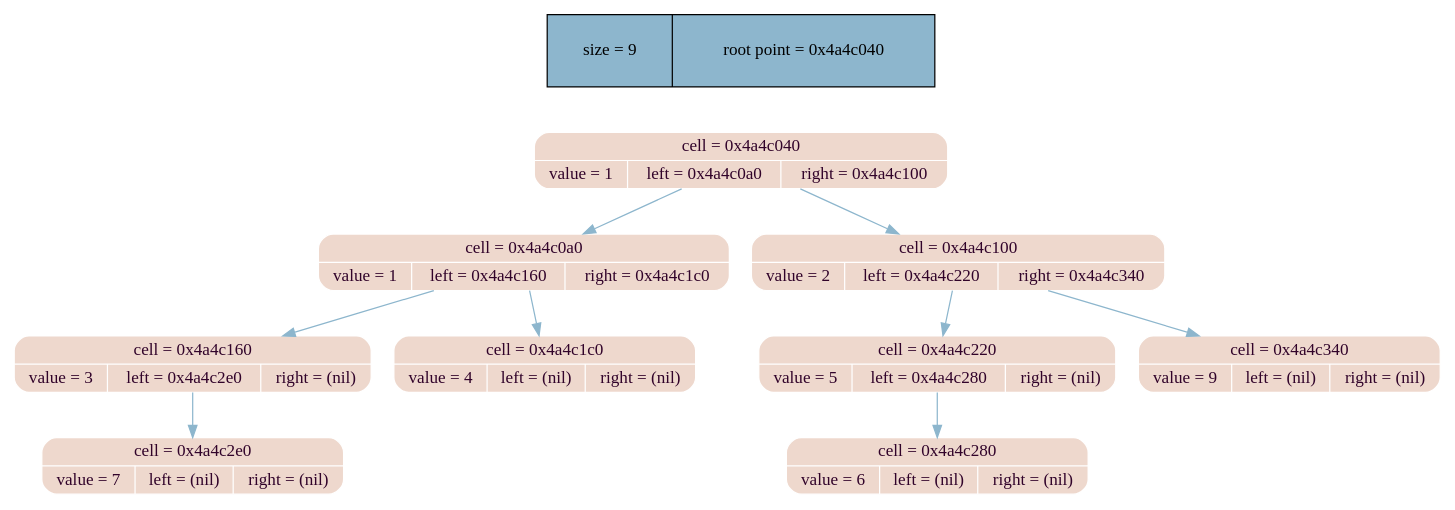
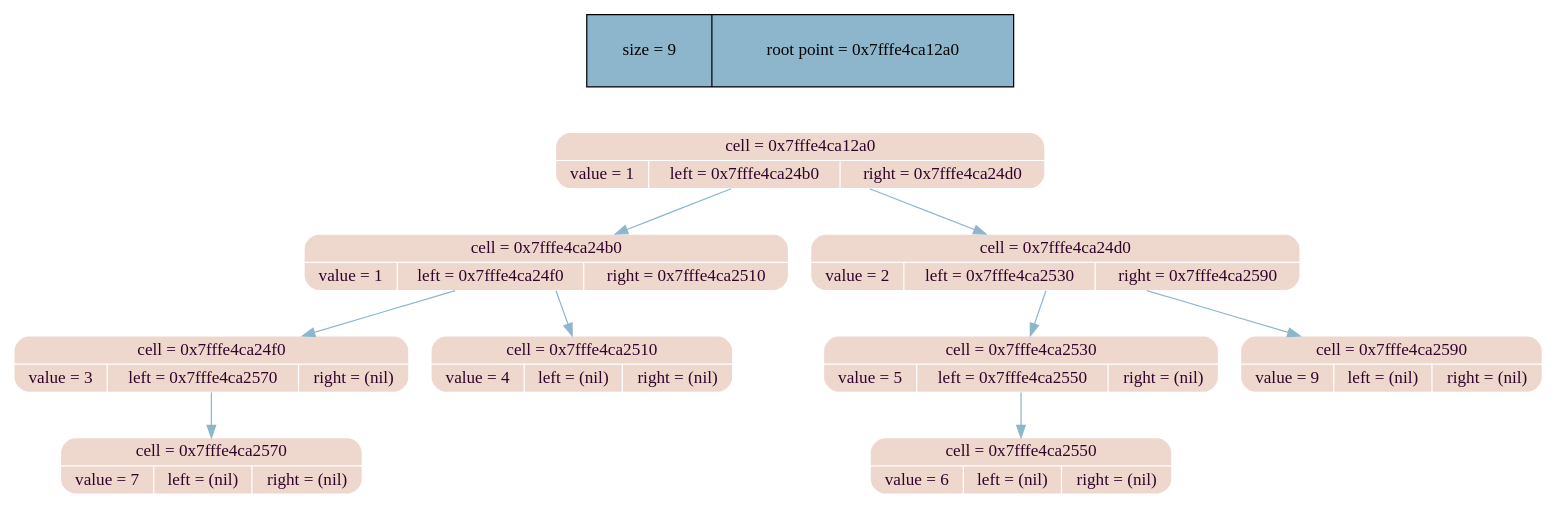
Before and after one commit to MaxGroshev/tree: the diagram in dump_info/tree_dump.dot, drawn with Graphviz. The commit also changed 8 other files, not shown here.

```diff
--- a/dump_info/tree_dump.dot
+++ b/dump_info/tree_dump.dot
@@ -1,26 +1,26 @@
 digraph   
 {
 rankdir = ""
 splines = "true"
 
-node_stat [margin = "0.3*0.3", style = "filled", shape = "record", fillcolor = "#8DB6CD" label = " size = 9 | root point = 0x4a4c040"]
+node_stat [margin = "0.3*0.3", style = "filled", shape = "record", fillcolor = "#8DB6CD" label = " size = 9 | root point = 0x7fffe4ca12a0"]
 {rank = source; node_stat}
 
-node0x4a4c040 [shape = "Mrecord", fillcolor = "#eed8cd", style = "filled", fontcolor = "#31032A", fontname = "Calibri", color = "white", label = "{cell = 0x4a4c040\n | {value = 1 |left = 0x4a4c0a0 |right = 0x4a4c100}}"]
-node0x4a4c040 -> node0x4a4c0a0 [color = "#8DB6CD", style = "", constraint = true, fillcolor = "#8DB6CD",   fontcolor = "", fontname = "Calibri", label = ""];
-node0x4a4c0a0 [shape = "Mrecord", fillcolor = "#eed8cd", style = "filled", fontcolor = "#31032A", fontname = "Calibri", color = "white", label = "{cell = 0x4a4c0a0\n | {value = 1 |left = 0x4a4c160 |right = 0x4a4c1c0}}"]
-node0x4a4c0a0 -> node0x4a4c160 [color = "#8DB6CD", style = "", constraint = true, fillcolor = "#8DB6CD",   fontcolor = "", fontname = "Calibri", label = ""];
-node0x4a4c160 [shape = "Mrecord", fillcolor = "#eed8cd", style = "filled", fontcolor = "#31032A", fontname = "Calibri", color = "white", label = "{cell = 0x4a4c160\n | {value = 3 |left = 0x4a4c2e0 |right = (nil)}}"]
-node0x4a4c160 -> node0x4a4c2e0 [color = "#8DB6CD", style = "", constraint = true, fillcolor = "#8DB6CD",   fontcolor = "", fontname = "Calibri", label = ""];
-node0x4a4c2e0 [shape = "Mrecord", fillcolor = "#eed8cd", style = "filled", fontcolor = "#31032A", fontname = "Calibri", color = "white", label = "{cell = 0x4a4c2e0\n | {value = 7 |left = (nil) |right = (nil)}}"]
-node0x4a4c0a0 -> node0x4a4c1c0 [color = "#8DB6CD", style = "", constraint = true, fillcolor = "#8DB6CD",   fontcolor = "", fontname = "Calibri", label = ""];
-node0x4a4c1c0 [shape = "Mrecord", fillcolor = "#eed8cd", style = "filled", fontcolor = "#31032A", fontname = "Calibri", color = "white", label = "{cell = 0x4a4c1c0\n | {value = 4 |left = (nil) |right = (nil)}}"]
-node0x4a4c040 -> node0x4a4c100 [color = "#8DB6CD", style = "", constraint = true, fillcolor = "#8DB6CD",   fontcolor = "", fontname = "Calibri", label = ""];
-node0x4a4c100 [shape = "Mrecord", fillcolor = "#eed8cd", style = "filled", fontcolor = "#31032A", fontname = "Calibri", color = "white", label = "{cell = 0x4a4c100\n | {value = 2 |left = 0x4a4c220 |right = 0x4a4c340}}"]
-node0x4a4c100 -> node0x4a4c220 [color = "#8DB6CD", style = "", constraint = true, fillcolor = "#8DB6CD",   fontcolor = "", fontname = "Calibri", label = ""];
-node0x4a4c220 [shape = "Mrecord", fillcolor = "#eed8cd", style = "filled", fontcolor = "#31032A", fontname = "Calibri", color = "white", label = "{cell = 0x4a4c220\n | {value = 5 |left = 0x4a4c280 |right = (nil)}}"]
-node0x4a4c220 -> node0x4a4c280 [color = "#8DB6CD", style = "", constraint = true, fillcolor = "#8DB6CD",   fontcolor = "", fontname = "Calibri", label = ""];
-node0x4a4c280 [shape = "Mrecord", fillcolor = "#eed8cd", style = "filled", fontcolor = "#31032A", fontname = "Calibri", color = "white", label = "{cell = 0x4a4c280\n | {value = 6 |left = (nil) |right = (nil)}}"]
-node0x4a4c100 -> node0x4a4c340 [color = "#8DB6CD", style = "", constraint = true, fillcolor = "#8DB6CD",   fontcolor = "", fontname = "Calibri", label = ""];
-node0x4a4c340 [shape = "Mrecord", fillcolor = "#eed8cd", style = "filled", fontcolor = "#31032A", fontname = "Calibri", color = "white", label = "{cell = 0x4a4c340\n | {value = 9 |left = (nil) |right = (nil)}}"]
+node0x7fffe4ca12a0 [shape = "Mrecord", fillcolor = "#eed8cd", style = "filled", fontcolor = "#31032A", fontname = "Calibri", color = "white", label = "{cell = 0x7fffe4ca12a0\n | {value = 1 |left = 0x7fffe4ca24b0 |right = 0x7fffe4ca24d0}}"]
+node0x7fffe4ca12a0 -> node0x7fffe4ca24b0 [color = "#8DB6CD", style = "", constraint = true, fillcolor = "#8DB6CD",   fontcolor = "", fontname = "Calibri", label = ""];
+node0x7fffe4ca24b0 [shape = "Mrecord", fillcolor = "#eed8cd", style = "filled", fontcolor = "#31032A", fontname = "Calibri", color = "white", label = "{cell = 0x7fffe4ca24b0\n | {value = 1 |left = 0x7fffe4ca24f0 |right = 0x7fffe4ca2510}}"]
+node0x7fffe4ca24b0 -> node0x7fffe4ca24f0 [color = "#8DB6CD", style = "", constraint = true, fillcolor = "#8DB6CD",   fontcolor = "", fontname = "Calibri", label = ""];
+node0x7fffe4ca24f0 [shape = "Mrecord", fillcolor = "#eed8cd", style = "filled", fontcolor = "#31032A", fontname = "Calibri", color = "white", label = "{cell = 0x7fffe4ca24f0\n | {value = 3 |left = 0x7fffe4ca2570 |right = (nil)}}"]
+node0x7fffe4ca24f0 -> node0x7fffe4ca2570 [color = "#8DB6CD", style = "", constraint = true, fillcolor = "#8DB6CD",   fontcolor = "", fontname = "Calibri", label = ""];
+node0x7fffe4ca2570 [shape = "Mrecord", fillcolor = "#eed8cd", style = "filled", fontcolor = "#31032A", fontname = "Calibri", color = "white", label = "{cell = 0x7fffe4ca2570\n | {value = 7 |left = (nil) |right = (nil)}}"]
+node0x7fffe4ca24b0 -> node0x7fffe4ca2510 [color = "#8DB6CD", style = "", constraint = true, fillcolor = "#8DB6CD",   fontcolor = "", fontname = "Calibri", label = ""];
+node0x7fffe4ca2510 [shape = "Mrecord", fillcolor = "#eed8cd", style = "filled", fontcolor = "#31032A", fontname = "Calibri", color = "white", label = "{cell = 0x7fffe4ca2510\n | {value = 4 |left = (nil) |right = (nil)}}"]
+node0x7fffe4ca12a0 -> node0x7fffe4ca24d0 [color = "#8DB6CD", style = "", constraint = true, fillcolor = "#8DB6CD",   fontcolor = "", fontname = "Calibri", label = ""];
+node0x7fffe4ca24d0 [shape = "Mrecord", fillcolor = "#eed8cd", style = "filled", fontcolor = "#31032A", fontname = "Calibri", color = "white", label = "{cell = 0x7fffe4ca24d0\n | {value = 2 |left = 0x7fffe4ca2530 |right = 0x7fffe4ca2590}}"]
+node0x7fffe4ca24d0 -> node0x7fffe4ca2530 [color = "#8DB6CD", style = "", constraint = true, fillcolor = "#8DB6CD",   fontcolor = "", fontname = "Calibri", label = ""];
+node0x7fffe4ca2530 [shape = "Mrecord", fillcolor = "#eed8cd", style = "filled", fontcolor = "#31032A", fontname = "Calibri", color = "white", label = "{cell = 0x7fffe4ca2530\n | {value = 5 |left = 0x7fffe4ca2550 |right = (nil)}}"]
+node0x7fffe4ca2530 -> node0x7fffe4ca2550 [color = "#8DB6CD", style = "", constraint = true, fillcolor = "#8DB6CD",   fontcolor = "", fontname = "Calibri", label = ""];
+node0x7fffe4ca2550 [shape = "Mrecord", fillcolor = "#eed8cd", style = "filled", fontcolor = "#31032A", fontname = "Calibri", color = "white", label = "{cell = 0x7fffe4ca2550\n | {value = 6 |left = (nil) |right = (nil)}}"]
+node0x7fffe4ca24d0 -> node0x7fffe4ca2590 [color = "#8DB6CD", style = "", constraint = true, fillcolor = "#8DB6CD",   fontcolor = "", fontname = "Calibri", label = ""];
+node0x7fffe4ca2590 [shape = "Mrecord", fillcolor = "#eed8cd", style = "filled", fontcolor = "#31032A", fontname = "Calibri", color = "white", label = "{cell = 0x7fffe4ca2590\n | {value = 9 |left = (nil) |right = (nil)}}"]
 }
```
